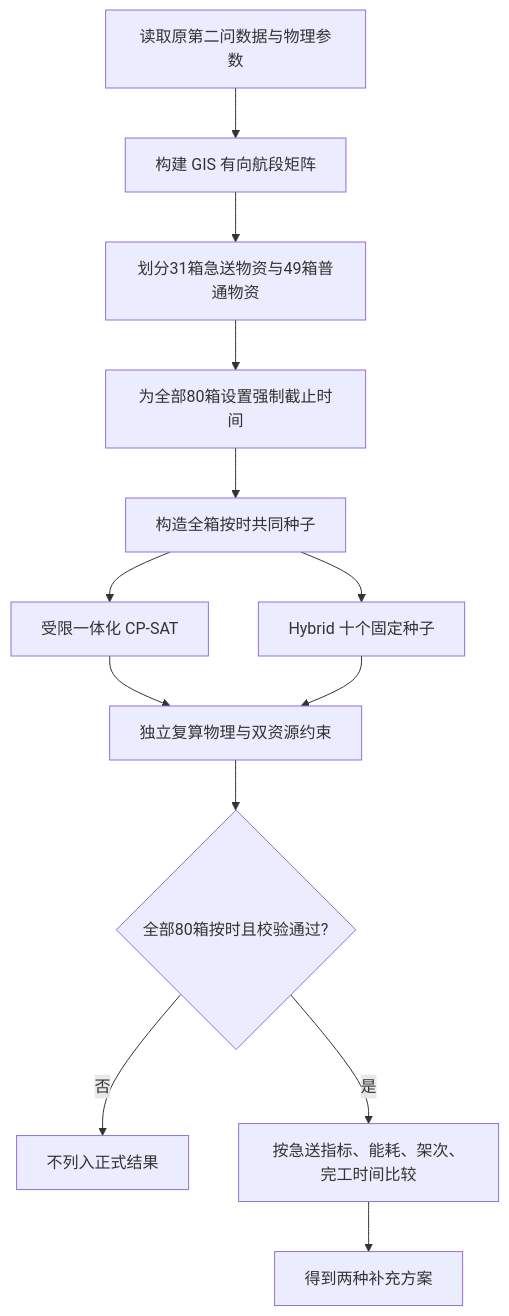
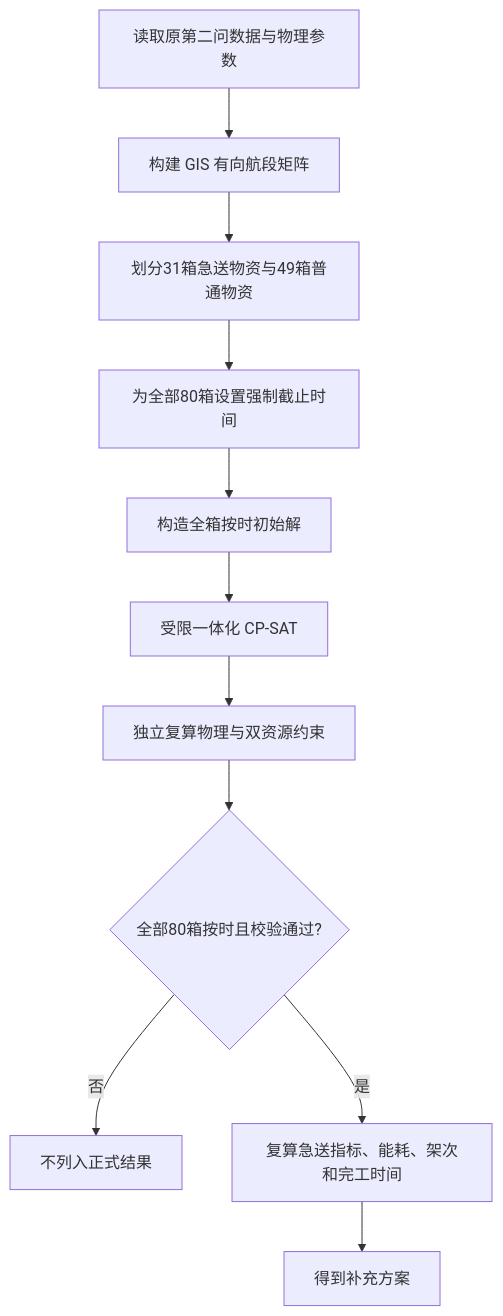
Before and after one commit to MeluYao/mathModelCup: the diagram in D题第二问急送优先补充内容论文撰写指南.md, drawn with Mermaid. The commit also changed other lines of this file, not shown here.

Commit message:
docs: remove hybrid from Q2 supplement

````diff
--- a/D题第二问急送优先补充内容论文撰写指南.md
+++ b/D题第二问急送优先补充内容论文撰写指南.md
@@ -262,15 +242,13 @@
 ```mermaid
 flowchart TD
     A[读取原第二问数据与物理参数] --> B[构建 GIS 有向航段矩阵]
     B --> C[划分31箱急送物资与49箱普通物资]
     C --> D[为全部80箱设置强制截止时间]
-    D --> E[构造全箱按时共同种子]
-    E --> F1[受限一体化 CP-SAT]
-    E --> F2[Hybrid 十个固定种子]
-    F1 --> G[独立复算物理与双资源约束]
-    F2 --> G
+    D --> E[构造全箱按时初始解]
+    E --> F[受限一体化 CP-SAT]
+    F --> G[独立复算物理与双资源约束]
     G --> H{全部80箱按时且校验通过?}
     H -- 否 --> I[不列入正式结果]
-    H -- 是 --> J[按急送指标、能耗、架次、完工时间比较]
-    J --> K[得到两种补充方案]
+    H -- 是 --> J[复算急送指标、能耗、架次和完工时间]
+    J --> K[得到补充方案]
 ```
````
